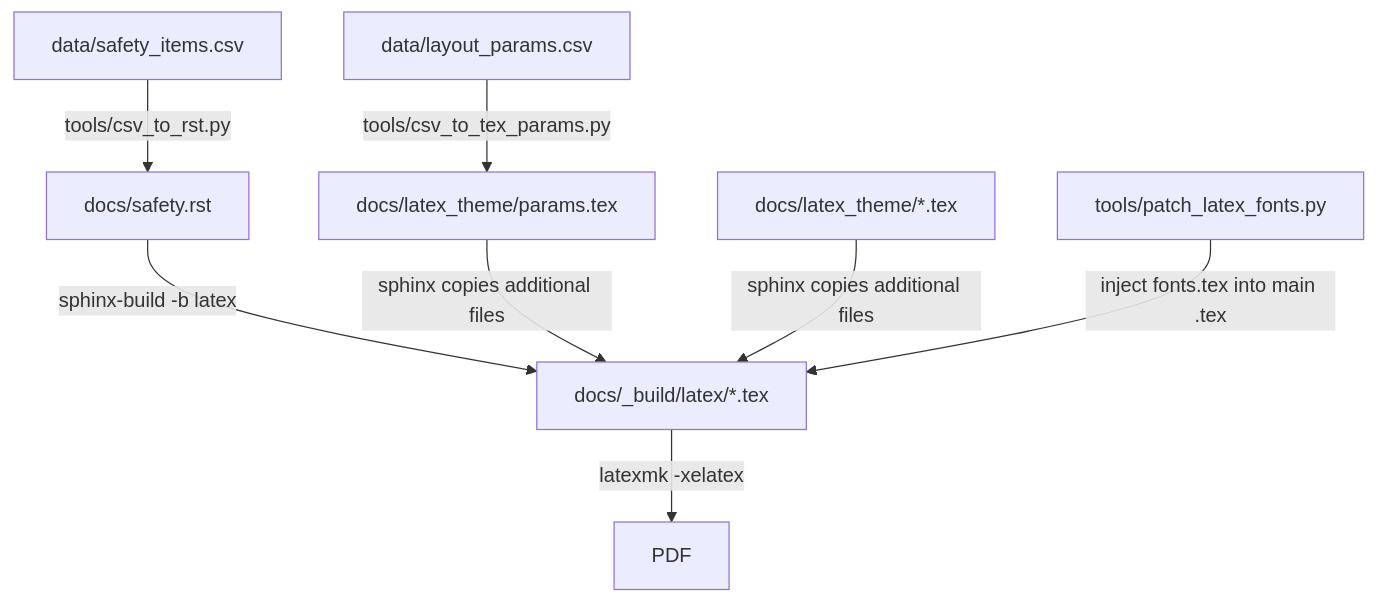
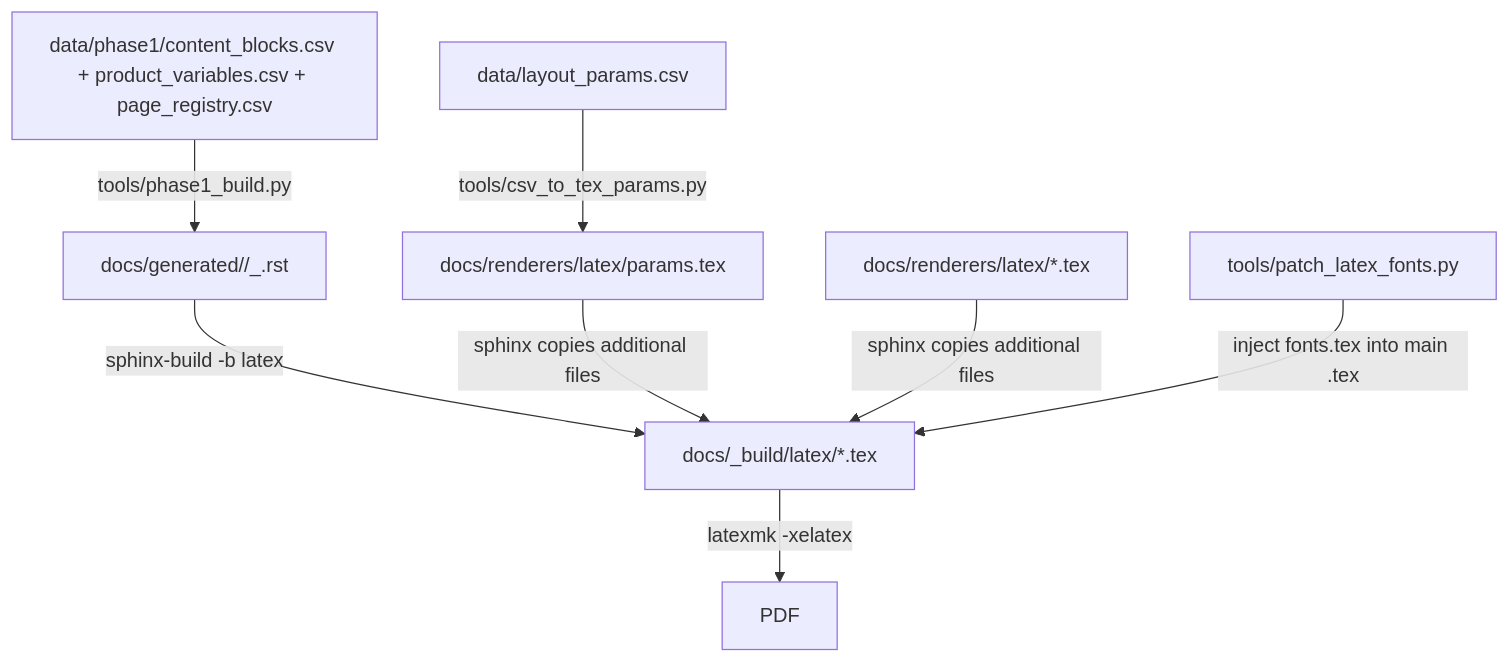
One commit to Bingboom/auto-manual changed the diagram in README.md. Above: the diagram before and after it, drawn with Mermaid. The commit also changed other lines of this file and 129 other files, not shown here.

````diff
--- a/README.md
+++ b/README.md
@@ -24,11 +24,11 @@
 ```mermaid
 flowchart TD
-  A[data/safety_items.csv] -->|tools/csv_to_rst.py| B[docs/safety.rst]
-  C[data/layout_params.csv] -->|tools/csv_to_tex_params.py| D[docs/latex_theme/params.tex]
+  A[data/phase1/content_blocks.csv + product_variables.csv + page_registry.csv] -->|tools/phase1_build.py| B[docs/generated/<sku>/<page>_<lang>.rst]
+  C[data/layout_params.csv] -->|tools/csv_to_tex_params.py| D[docs/renderers/latex/params.tex]
 
   B -->|sphinx-build -b latex| E[docs/_build/latex/*.tex]
   D -->|sphinx copies additional files| E
-  F[docs/latex_theme/*.tex] -->|sphinx copies additional files| E
+  F[docs/renderers/latex/*.tex] -->|sphinx copies additional files| E
   G[tools/patch_latex_fonts.py] -->|inject fonts.tex into main .tex| E
   E -->|latexmk -xelatex| H[PDF]
 ```
````
